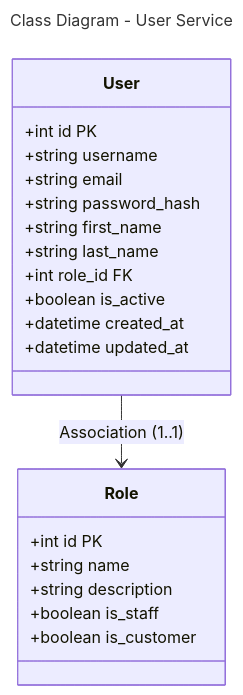
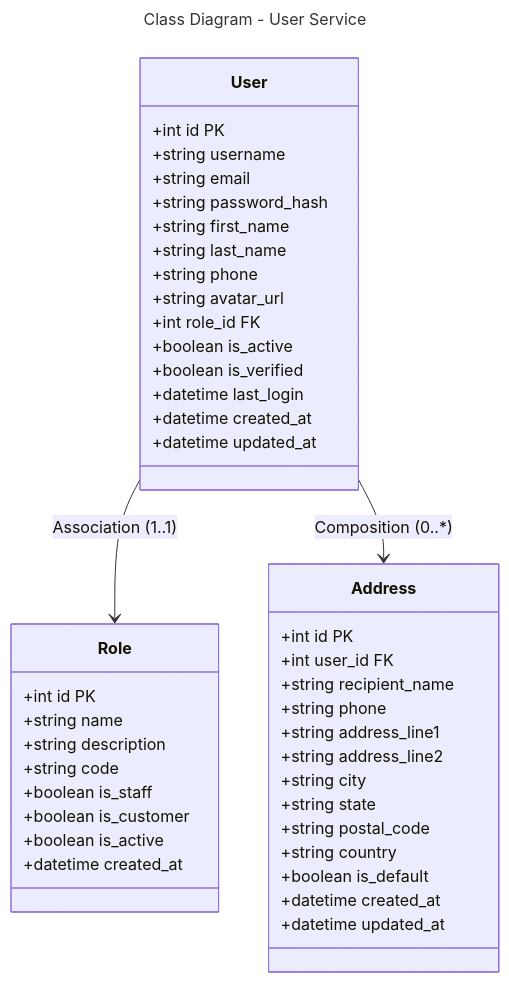
One commit to Trannaaanhh/ecom changed the diagram in docs/diagrams/class/user-service.md. Above: the diagram before and after it, drawn with Mermaid. The commit also changed other lines of this file and 10 other files, not shown here.

Commit message:
update diagrams

````diff
--- a/docs/diagrams/class/user-service.md
+++ b/docs/diagrams/class/user-service.md
@@ -1,28 +1,52 @@
 ```mermaid
 ---
 title: Class Diagram - User Service
 ---
 classDiagram
     class User {
         +int id PK
         +string username
         +string email
         +string password_hash
         +string first_name
         +string last_name
+        +string phone
+        +string avatar_url
         +int role_id FK
         +boolean is_active
+        +boolean is_verified
+        +datetime last_login
         +datetime created_at
         +datetime updated_at
     }
     
     class Role {
         +int id PK
         +string name
         +string description
+        +string code
         +boolean is_staff
         +boolean is_customer
+        +boolean is_active
+        +datetime created_at
+    }
+    
+    class Address {
+        +int id PK
+        +int user_id FK
+        +string recipient_name
+        +string phone
+        +string address_line1
+        +string address_line2
+        +string city
+        +string state
+        +string postal_code
+        +string country
+        +boolean is_default
+        +datetime created_at
+        +datetime updated_at
     }
     
     User --> Role : Association (1..1)
+    User --> Address : Composition (0..*)
 ```
````
